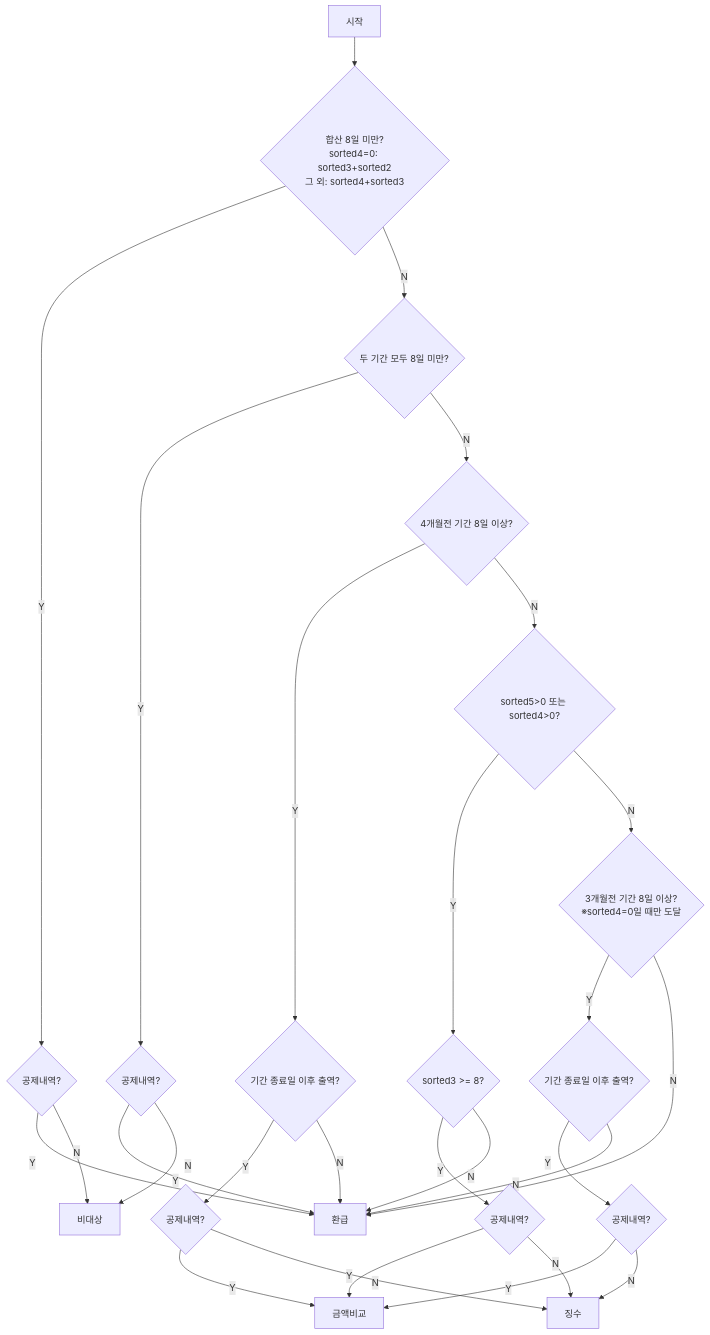
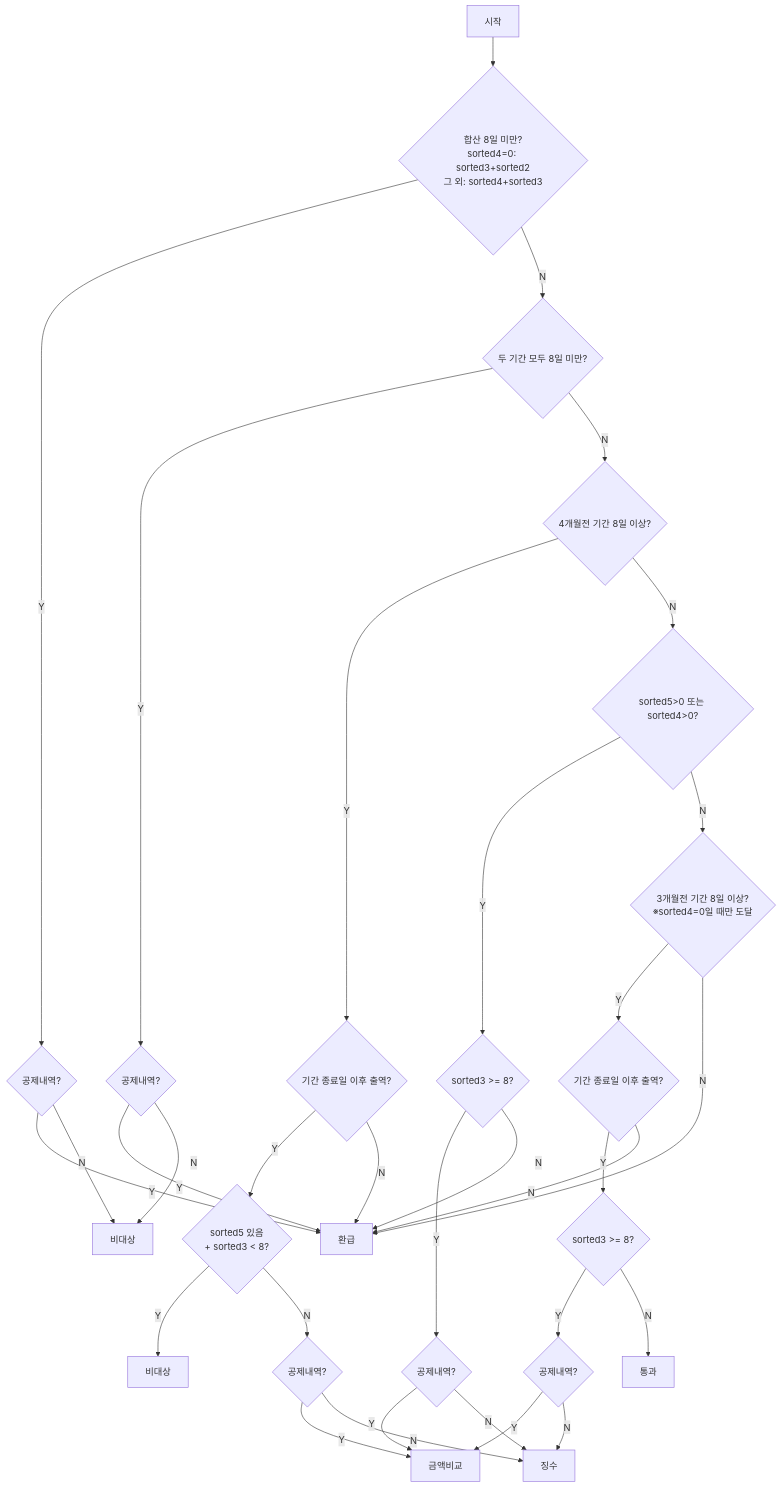
One commit to Qndtl/calendar changed the second of 4 diagrams in docs/health-logic-flowcharts.md. Above: the diagram before and after it, drawn with Mermaid. The commit also changed other lines of this file and 2 other files, not shown here.

````diff
--- a/docs/health-logic-flowcharts.md
+++ b/docs/health-logic-flowcharts.md
@@ -28,30 +86,34 @@
 ```mermaid
 flowchart TD
     S[시작] --> A{"합산 8일 미만?\nsorted4=0: sorted3+sorted2\n그 외: sorted4+sorted3"}
     A -->|Y| A1{"공제내역?"}
     A1 -->|Y| REF[환급]
     A1 -->|N| NORE[비대상]
     A -->|N| B{"두 기간 모두 8일 미만?"}
     B -->|Y| B1{"공제내역?"}
     B1 -->|Y| REF
     B1 -->|N| NORE
     B -->|N| C{"4개월전 기간 8일 이상?"}
     C -->|Y| C1{"기간 종료일 이후 출역?"}
-    C1 -->|Y| CCHK{"공제내역?"}
+    C1 -->|Y| C2{"sorted5 있음\n+ sorted3 < 8?"}
     C1 -->|N| REF
+    C2 -->|Y| PASS1[비대상]
+    C2 -->|N| CCHK{"공제내역?"}
     CCHK -->|Y| AMT[금액비교]
     CCHK -->|N| DEDUCT[징수]
     C -->|N| D{"sorted5>0 또는 sorted4>0?"}
     D -->|Y| F{"sorted3 >= 8?"}
     F -->|Y| FCHK{"공제내역?"}
     FCHK -->|Y| AMT
     FCHK -->|N| DEDUCT
     F -->|N| REF
     D -->|N| E{"3개월전 기간 8일 이상?\n※sorted4=0일 때만 도달"}
     E -->|Y| E1{"기간 종료일 이후 출역?"}
-    E1 -->|Y| ECHK{"공제내역?"}
+    E1 -->|Y| E2{"sorted3 >= 8?"}
     E1 -->|N| REF
+    E2 -->|Y| ECHK{"공제내역?"}
+    E2 -->|N| PASS2[통과]
     ECHK -->|Y| AMT
     ECHK -->|N| DEDUCT
     E -->|N| REF
 ```
````
